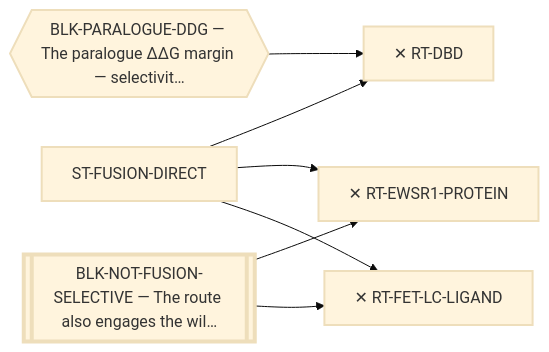
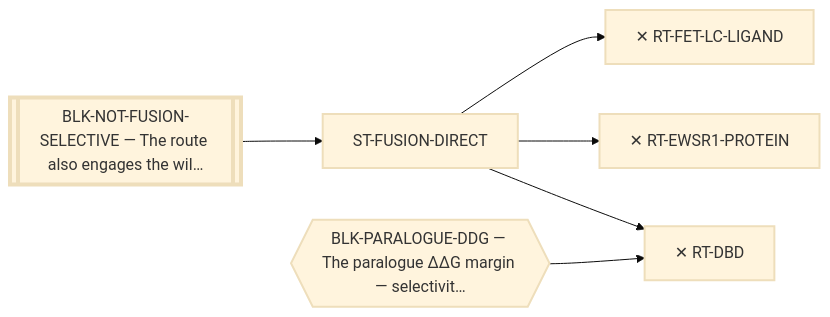
Before and after one commit to trimcrae/Rare-cancers: the diagram in systems/views/L1-st-fusion-direct.md, drawn with Mermaid (base theme). The commit also changed other lines of this file and 57 other files, not shown here.

First line of the commit message:
Route framing audit: ST-FUSION-DIRECT + ST-NUCLEIC-ACID (8 routes)

````diff
--- a/systems/views/L1-st-fusion-direct.md
+++ b/systems/views/L1-st-fusion-direct.md
@@ -34,20 +34,19 @@
 ```mermaid
 flowchart LR
   ST_FUSION_DIRECT["ST-FUSION-DIRECT"]:::fam
   RT_DBD["✕ RT-DBD"]:::fam
   ST_FUSION_DIRECT --> RT_DBD
   RT_EWSR1_PROTEIN["✕ RT-EWSR1-PROTEIN"]:::fam
   ST_FUSION_DIRECT --> RT_EWSR1_PROTEIN
   RT_FET_LC_LIGAND["✕ RT-FET-LC-LIGAND"]:::fam
   ST_FUSION_DIRECT --> RT_FET_LC_LIGAND
 
   BLK_NOT_FUSION_SELECTIVE[["BLK-NOT-FUSION-SELECTIVE — The route also engages the wil…"]]:::perm
-  BLK_NOT_FUSION_SELECTIVE --> RT_EWSR1_PROTEIN
-  BLK_NOT_FUSION_SELECTIVE --> RT_FET_LC_LIGAND
+  BLK_NOT_FUSION_SELECTIVE --> ST_FUSION_DIRECT
   BLK_PARALOGUE_DDG{{"BLK-PARALOGUE-DDG — The paralogue ΔΔG margin — selectivit…"}}:::blk
   BLK_PARALOGUE_DDG --> RT_DBD
   classDef fam stroke-width:2px;
   classDef blk stroke-width:2px;
   classDef perm stroke-width:4px;
   classDef tech stroke-width:1px,stroke-dasharray:4 3;
 ```
````
